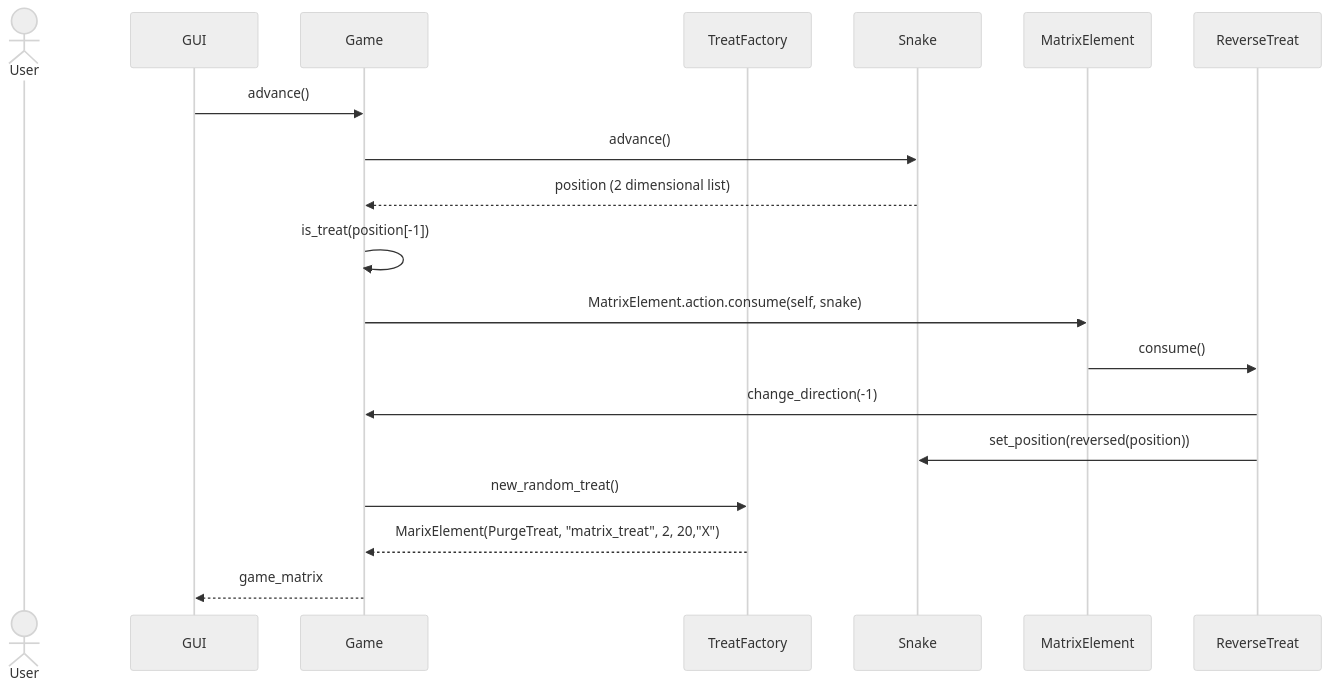
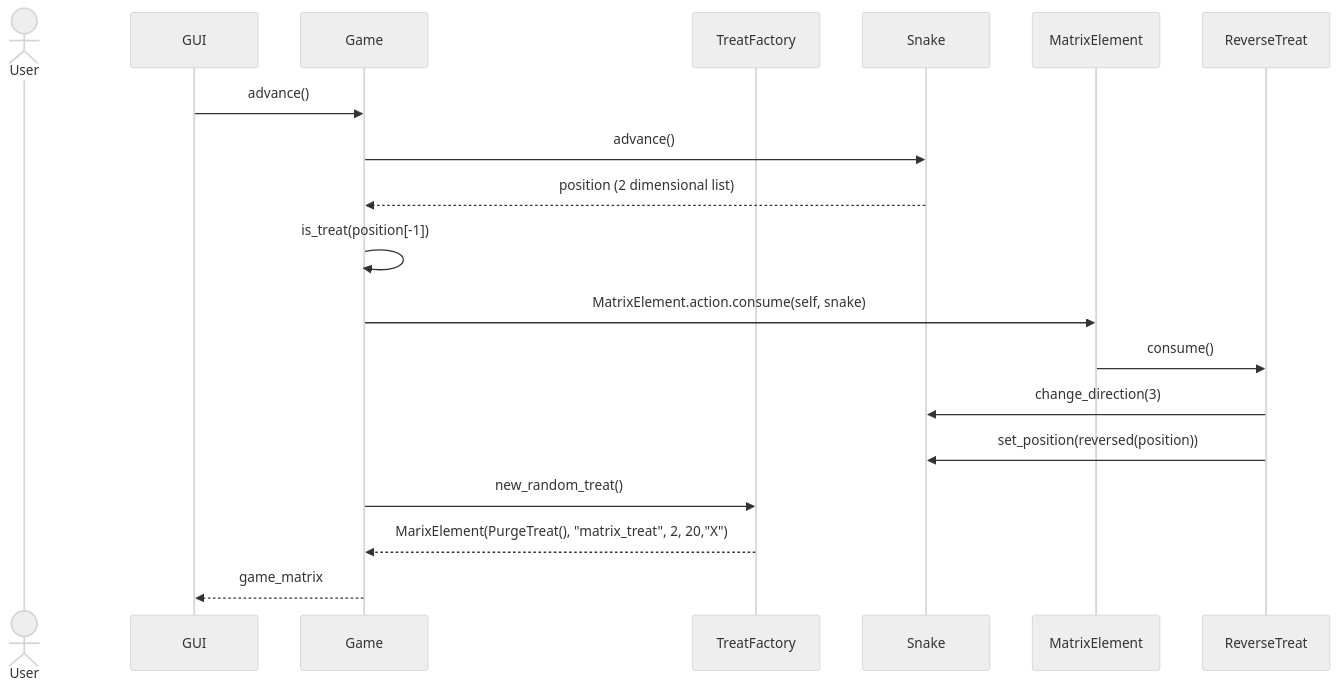
The second of 2 diagrams in dokumentaatio/arkkitehtuuri.md (SuperTLP/ot-harjoitustyo), drawn with Mermaid (neutral theme) before and after one commit.

````diff
--- a/dokumentaatio/arkkitehtuuri.md
+++ b/dokumentaatio/arkkitehtuuri.md
@@ -85,23 +85,23 @@
 ```mermaid
 sequenceDiagram
   actor User
   participant GUI
   participant Game
   participant TreatFactory
   participant Snake
   participant MatrixElement
   participant ReverseTreat
   GUI->>Game:advance()
   Game->>Snake:advance()
   Snake-->>Game:position (2 dimensional list)
   Game->>Game:is_treat(position[-1])
   Game->>MatrixElement:MatrixElement.action.consume(self, snake)
   MatrixElement->>ReverseTreat:consume()
-  ReverseTreat->>Game: change_direction(-1)
+  ReverseTreat->>Snake: change_direction(3)
   ReverseTreat->>Snake:set_position(reversed(position))
   Game->>TreatFactory:new_random_treat()
-  TreatFactory-->>Game: MarixElement(PurgeTreat, "matrix_treat", 2, 20,"X")
+  TreatFactory-->>Game: MarixElement(PurgeTreat(), "matrix_treat", 2, 20,"X")
   Game-->>GUI:game_matrix
   
   
 ```
````
